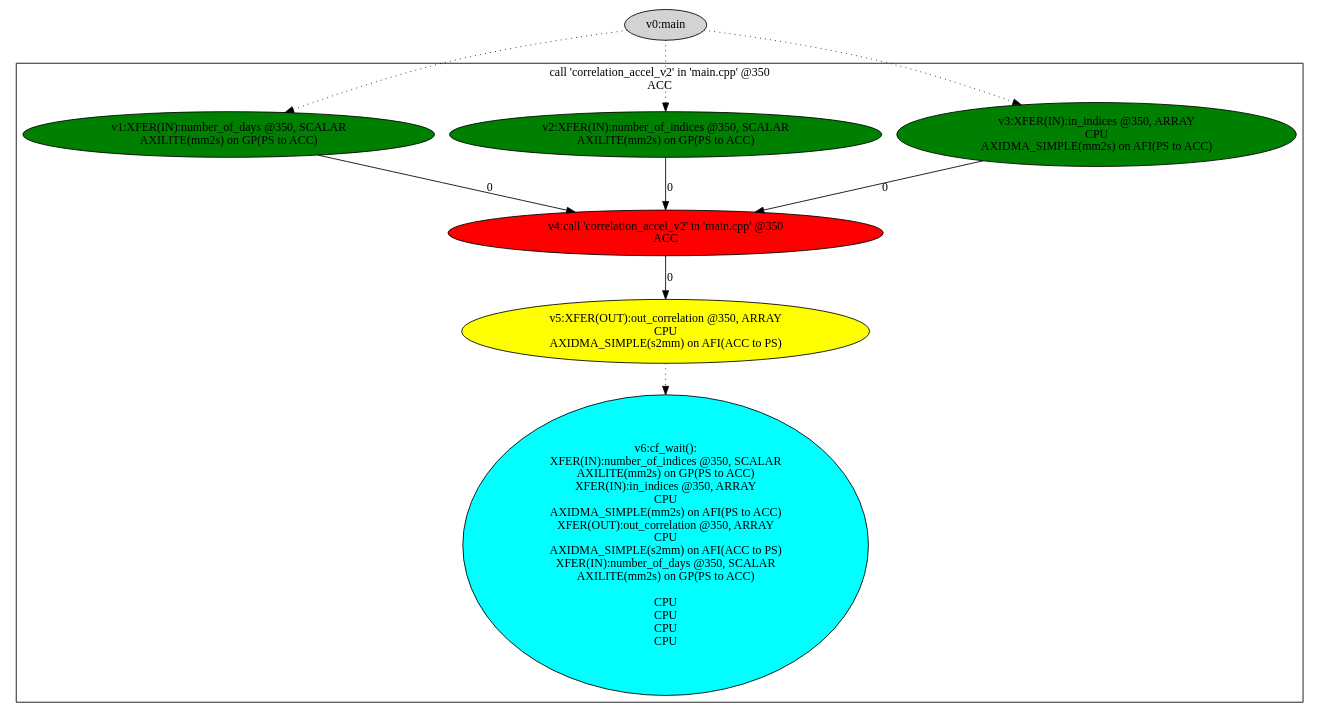
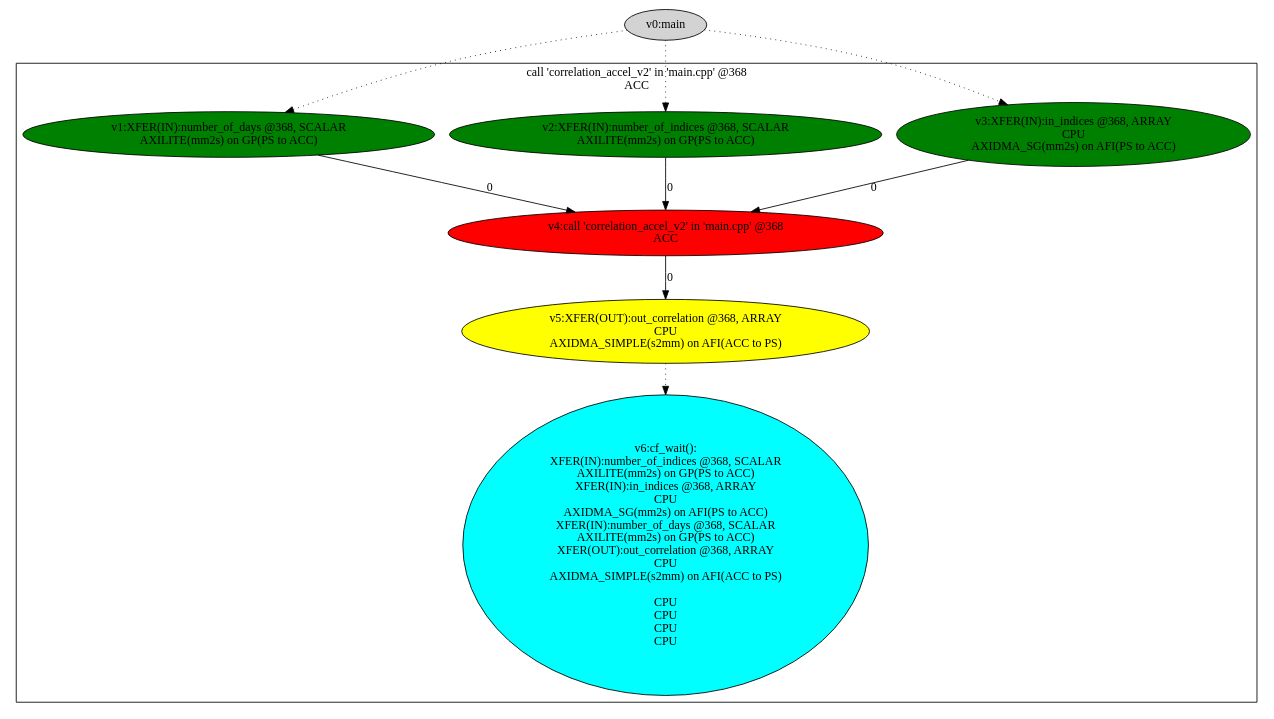
The diagram in workspace/correlation_ver2_axis/correlation_axis_ver2/SDRelease/_sds/.llvm/_p0_dtg.dot (nguyencanhtrung/SDSoC), drawn with Graphviz before and after one commit. The commit also changed 6883 other files, not shown here.

Commit message:
Add v2: nodata flow Add v3: data flow - Stream FIFO = 252

```diff
--- a/workspace/correlation_ver2_axis/correlation_axis_ver2/SDRelease/_sds/.llvm/_p0_dtg.dot
+++ b/workspace/correlation_ver2_axis/correlation_axis_ver2/SDRelease/_sds/.llvm/_p0_dtg.dot
@@ -1,26 +1,26 @@
 digraph dm_graph {
 v0 [label = "v0:main" ,style=filled];
-v1 [label = "v1:XFER(IN):number_of_days @350, SCALAR\nAXILITE(mm2s) on GP(PS to ACC)\n" ,style=filled,fillcolor = green];
-v2 [label = "v2:XFER(IN):number_of_indices @350, SCALAR\nAXILITE(mm2s) on GP(PS to ACC)\n" ,style=filled,fillcolor = green];
-v3 [label = "v3:XFER(IN):in_indices @350, ARRAY\nCPU\nAXIDMA_SIMPLE(mm2s) on AFI(PS to ACC)\n" ,style=filled,fillcolor = green];
-v4 [label = "v4:call 'correlation_accel_v2' in 'main.cpp' @350\nACC\n" ,style=filled,fillcolor = red];
-v5 [label = "v5:XFER(OUT):out_correlation @350, ARRAY\nCPU\nAXIDMA_SIMPLE(s2mm) on AFI(ACC to PS)\n" ,style=filled,fillcolor = yellow];
-v6 [label = "v6:cf_wait(): \nXFER(IN):number_of_indices @350, SCALAR\nAXILITE(mm2s) on GP(PS to ACC)\nXFER(IN):in_indices @350, ARRAY\nCPU\nAXIDMA_SIMPLE(mm2s) on AFI(PS to ACC)\nXFER(OUT):out_correlation @350, ARRAY\nCPU\nAXIDMA_SIMPLE(s2mm) on AFI(ACC to PS)\nXFER(IN):number_of_days @350, SCALAR\nAXILITE(mm2s) on GP(PS to ACC)\n\nCPU\nCPU\nCPU\nCPU\n" ,style=filled,fillcolor = cyan];
+v1 [label = "v1:XFER(IN):number_of_days @368, SCALAR\nAXILITE(mm2s) on GP(PS to ACC)\n" ,style=filled,fillcolor = green];
+v2 [label = "v2:XFER(IN):number_of_indices @368, SCALAR\nAXILITE(mm2s) on GP(PS to ACC)\n" ,style=filled,fillcolor = green];
+v3 [label = "v3:XFER(IN):in_indices @368, ARRAY\nCPU\nAXIDMA_SG(mm2s) on AFI(PS to ACC)\n" ,style=filled,fillcolor = green];
+v4 [label = "v4:call 'correlation_accel_v2' in 'main.cpp' @368\nACC\n" ,style=filled,fillcolor = red];
+v5 [label = "v5:XFER(OUT):out_correlation @368, ARRAY\nCPU\nAXIDMA_SIMPLE(s2mm) on AFI(ACC to PS)\n" ,style=filled,fillcolor = yellow];
+v6 [label = "v6:cf_wait(): \nXFER(IN):number_of_indices @368, SCALAR\nAXILITE(mm2s) on GP(PS to ACC)\nXFER(IN):in_indices @368, ARRAY\nCPU\nAXIDMA_SG(mm2s) on AFI(PS to ACC)\nXFER(IN):number_of_days @368, SCALAR\nAXILITE(mm2s) on GP(PS to ACC)\nXFER(OUT):out_correlation @368, ARRAY\nCPU\nAXIDMA_SIMPLE(s2mm) on AFI(ACC to PS)\n\nCPU\nCPU\nCPU\nCPU\n" ,style=filled,fillcolor = cyan];
 subgraph cluster0 {
 v1;
 v2;
 v3;
 v4;
 v5;
 v6;
-label = "call 'correlation_accel_v2' in 'main.cpp' @350\nACC\n";
+label = "call 'correlation_accel_v2' in 'main.cpp' @368\nACC\n";
 }
 v1 -> v4 [label = "0"];
 v2 -> v4 [label = "0"];
 v3 -> v4 [label = "0"];
 v4 -> v5 [label = "0"];
 v5 -> v6 [label = "", style = dotted];
 v0 -> v1 [label = "", style = dotted];
 v0 -> v2 [label = "", style = dotted];
 v0 -> v3 [label = "", style = dotted];
 }
```
